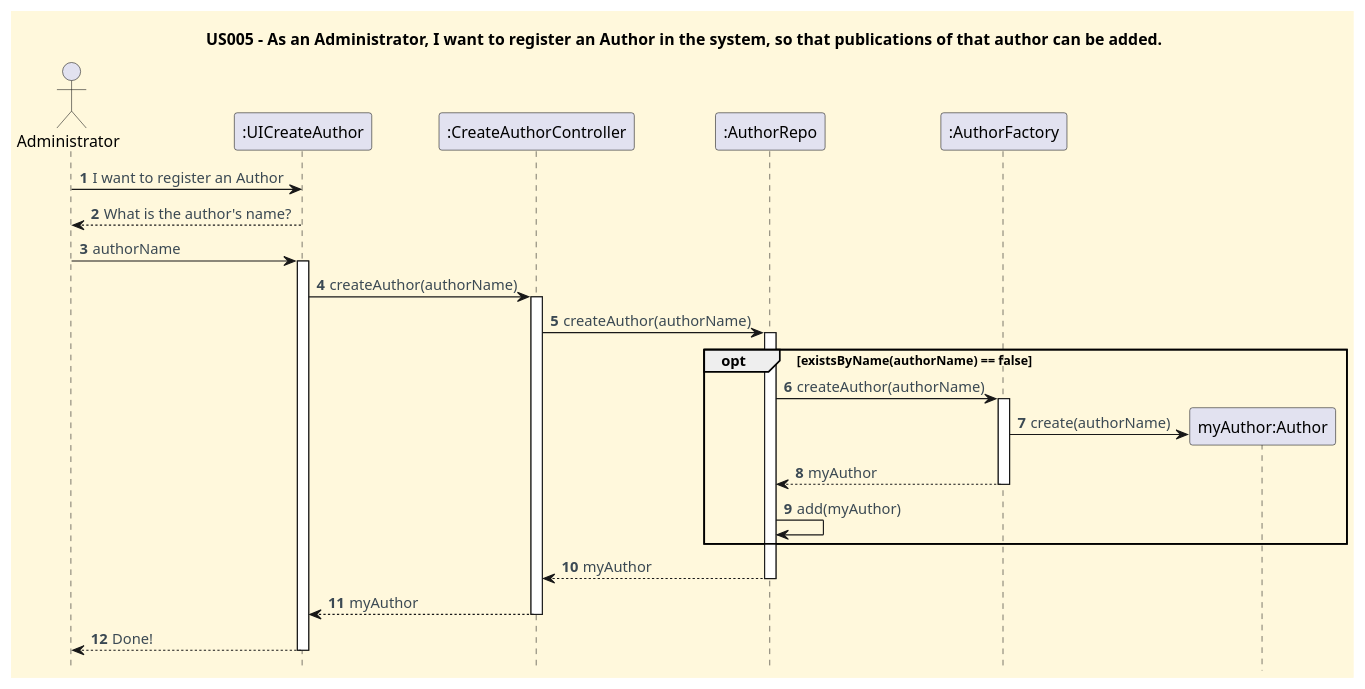
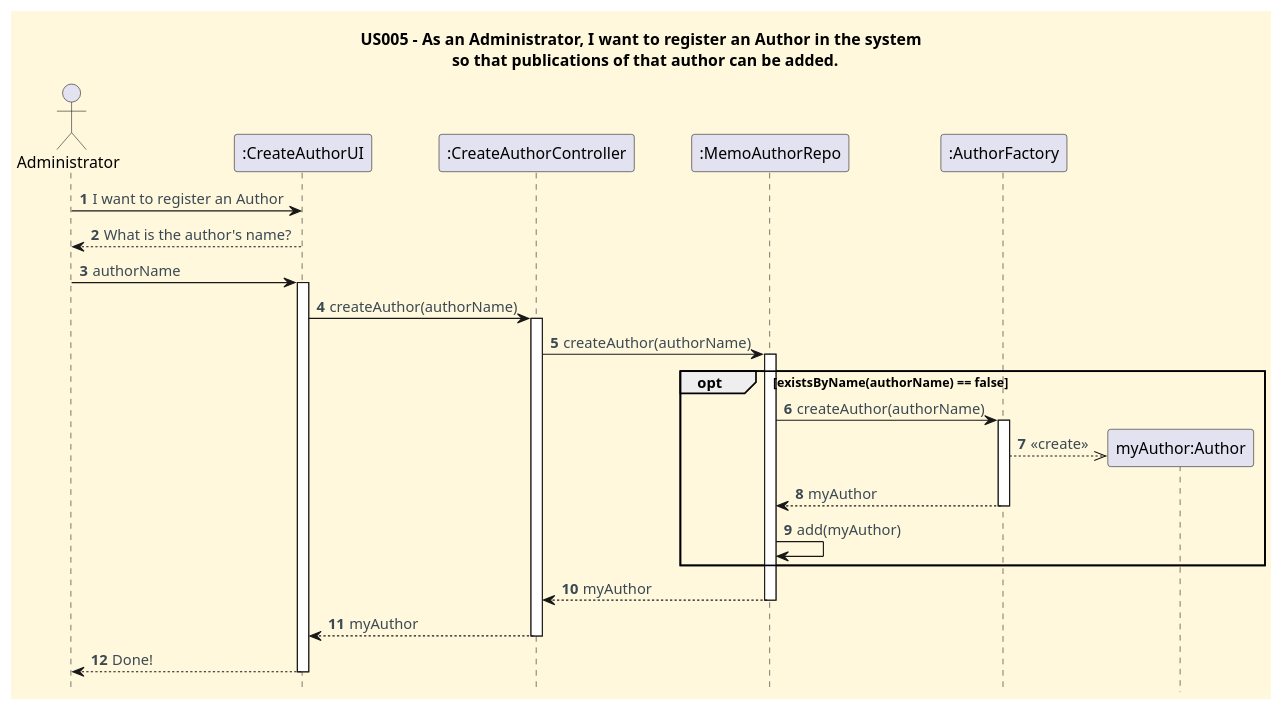
Before and after one commit to CarolinaLeite-collab/JavaMarketplacePlatform: the diagram in docs/userStories/US005/US005_to_register_an_author_SD.puml, drawn with PlantUML. The commit also changed 1 other file, not shown here.

Commit message:
Closes #365 Reengineering of US005, refering to Register New Author, according to DDD or US029

```diff
--- a/docs/userStories/US005/US005_to_register_an_author_SD.puml
+++ b/docs/userStories/US005/US005_to_register_an_author_SD.puml
@@ -1,52 +1,52 @@
 @startuml
-title US005 - As an Administrator, I want to register an Author in the system, so that publications of that author can be added.
+title US005 - As an Administrator, I want to register an Author in the system \n so that publications of that author can be added.
 hidefootbox
 
 skinparam monochrome false
 skinparam shadowing false
 skinparam defaultFontName Futura
 skinparam objectFontSize 20
 skinparam backgroundColor CornSilk
 skinparam objectBackgroundColor WhiteSmoke
 skinparam noteBackgroundColor #FFFFE0
 skinparam ArrowFontColor #3B4953
 skinparam ActivationBackgroundColor black
 
 autonumber
 autoactivate off
 
 actor Administrator
 
 
-Administrator -> ":UICreateAuthor": I want to register an Author
-":UICreateAuthor" --> Administrator: What is the author's name?
+Administrator -> ":CreateAuthorUI": I want to register an Author
+":CreateAuthorUI" --> Administrator: What is the author's name?
 
-Administrator -> ":UICreateAuthor": authorName
-activate ":UICreateAuthor"
+Administrator -> ":CreateAuthorUI": authorName
+activate ":CreateAuthorUI"
 
-":UICreateAuthor" -> ":CreateAuthorController": createAuthor(authorName)
+":CreateAuthorUI" -> ":CreateAuthorController": createAuthor(authorName)
 
 activate ":CreateAuthorController"
-":CreateAuthorController"-> ":AuthorRepo": createAuthor(authorName)
+":CreateAuthorController"-> ":MemoAuthorRepo": createAuthor(authorName)
 
-activate ":AuthorRepo"
+activate ":MemoAuthorRepo"
 opt existsByName(authorName) == false
-":AuthorRepo" -> ":AuthorFactory": createAuthor(authorName)
+":MemoAuthorRepo" -> ":AuthorFactory": createAuthor(authorName)
 
 activate ":AuthorFactory"
 create "myAuthor:Author"
-":AuthorFactory" -> "myAuthor:Author": create(authorName)
-":AuthorFactory" --> ":AuthorRepo": myAuthor
+":AuthorFactory" -->> "myAuthor:Author": <<create>>
+":AuthorFactory" --> ":MemoAuthorRepo": myAuthor
 deactivate ":AuthorFactory"
-":AuthorRepo" -> ":AuthorRepo": add(myAuthor)
+":MemoAuthorRepo" -> ":MemoAuthorRepo": add(myAuthor)
 end
-":AuthorRepo" --> ":CreateAuthorController": myAuthor
-deactivate ":AuthorRepo"
+":MemoAuthorRepo" --> ":CreateAuthorController": myAuthor
+deactivate ":MemoAuthorRepo"
 
-":CreateAuthorController" --> ":UICreateAuthor": myAuthor
+":CreateAuthorController" --> ":CreateAuthorUI": myAuthor
 deactivate ":CreateAuthorController"
 
-":UICreateAuthor" --> Administrator: Done!
-deactivate ":UICreateAuthor"
+":CreateAuthorUI" --> Administrator: Done!
+deactivate ":CreateAuthorUI"
 
 @enduml
```
